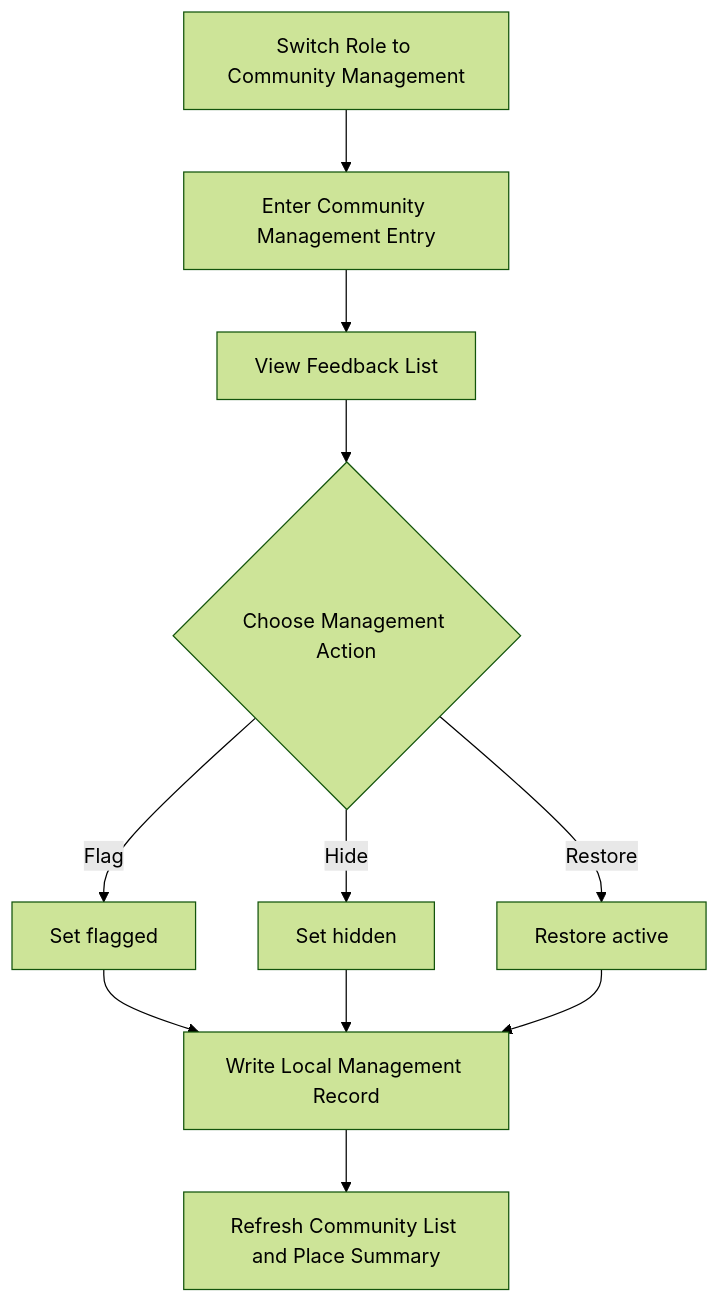
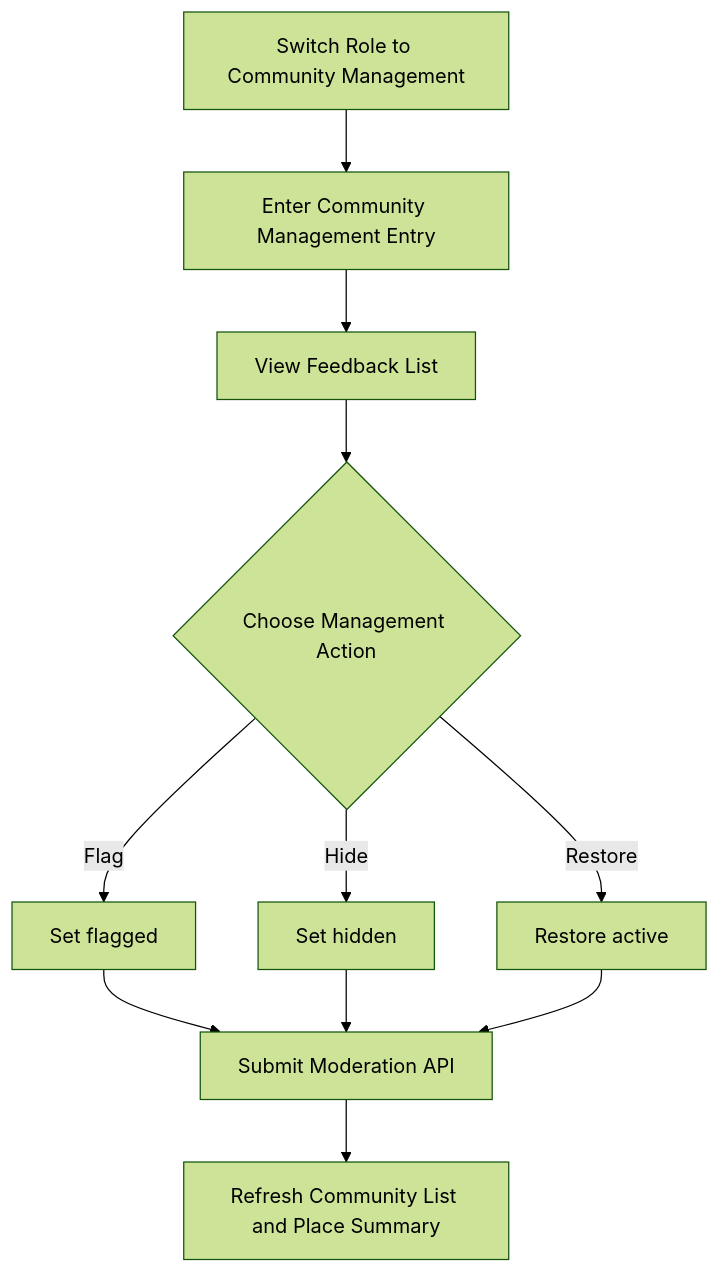
The fourth of 4 diagrams in Luma_Role Features & Workflow Diagram.md (angelyng09/Luma), drawn with Mermaid (forest theme) before and after one commit. The commit also changed other lines of this file and 3 other files, not shown here.

````diff
--- a/Luma_Role Features & Workflow Diagram.md
+++ b/Luma_Role Features & Workflow Diagram.md
@@ -92,13 +98,13 @@
 ```mermaid
 flowchart TD
     A[Switch Role to Community Management] --> B[Enter Community Management Entry]
     B --> C[View Feedback List]
     C --> D{Choose Management Action}
     D -- Flag --> E[Set flagged]
     D -- Hide --> F[Set hidden]
     D -- Restore --> G[Restore active]
-    E --> H[Write Local Management Record]
+    E --> H[Submit Moderation API]
     F --> H
     G --> H
     H --> I[Refresh Community List and Place Summary]
 ```
````
